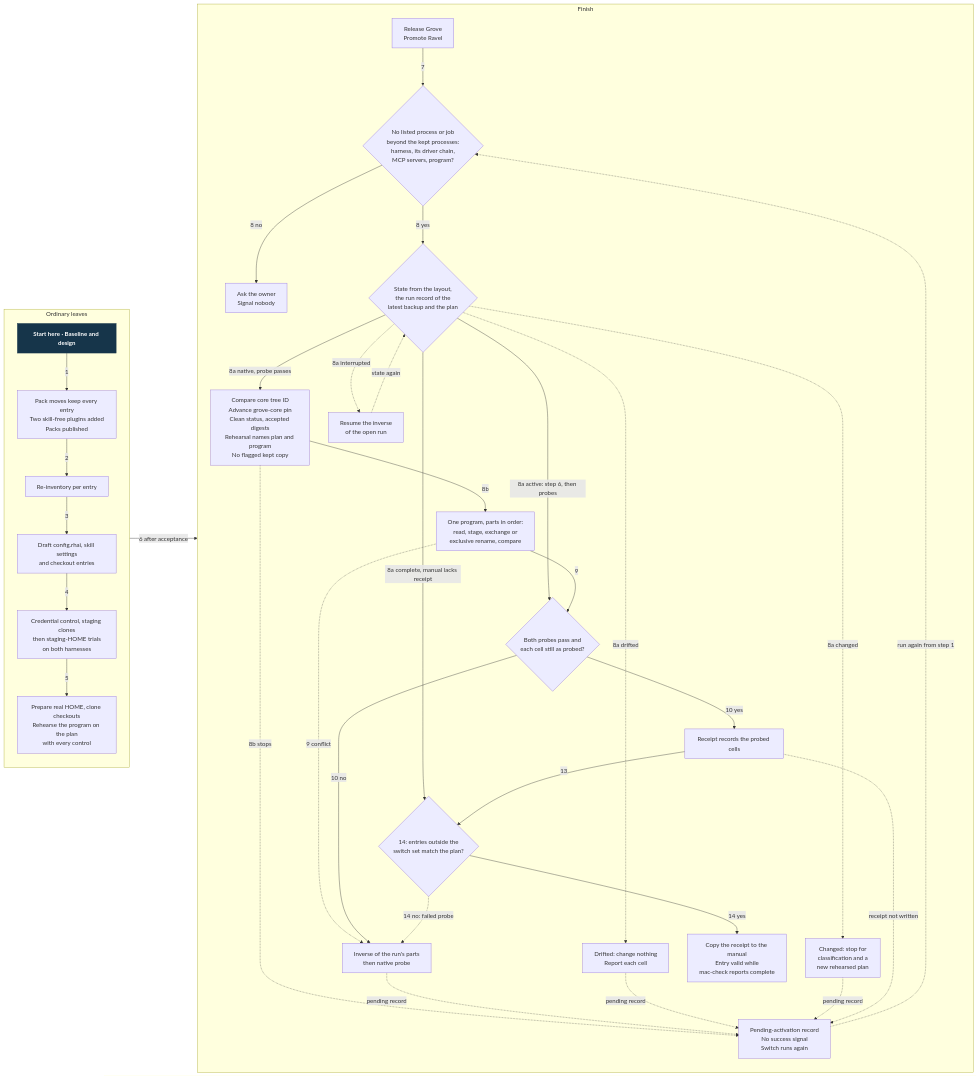
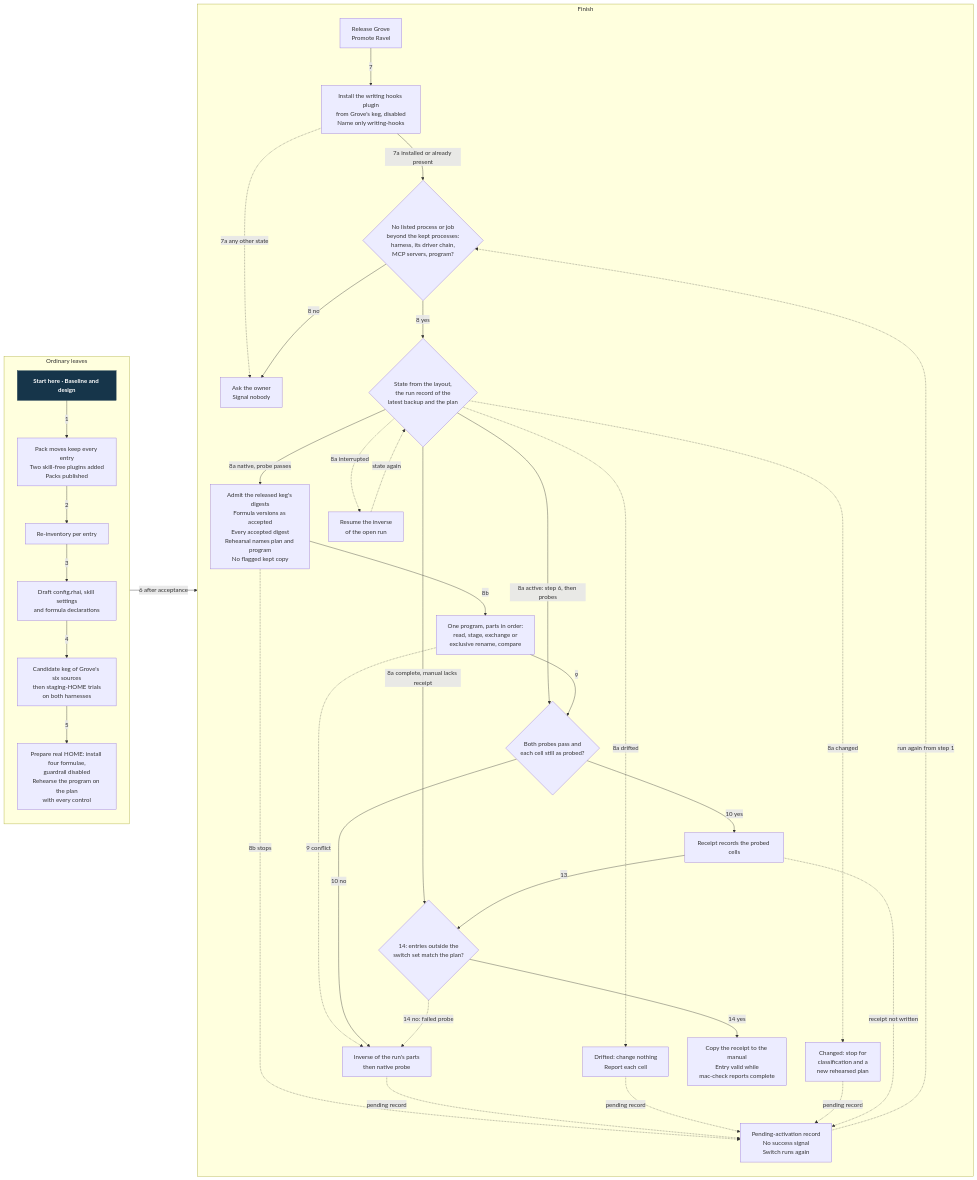
One commit to Linkuistics/grove changed the diagram in docs/design/harness-selection-and-execution/owner-cutover.mmd. Above: the diagram before and after it, drawn with Mermaid. The commit also changed 44 other files, not shown here.

```diff
--- a/docs/design/harness-selection-and-execution/owner-cutover.mmd
+++ b/docs/design/harness-selection-and-execution/owner-cutover.mmd
@@ -1,60 +1,63 @@
 flowchart LR
     subgraph prep["Ordinary leaves"]
         direction TB
         A["Start here · Baseline and design"]
         B["Pack moves keep every entry<br/>Two skill-free plugins added<br/>Packs published"]
         C["Re-inventory per entry"]
-        D["Draft config.rhai, skill settings<br/>and checkout entries"]
-        E["Credential control, staging clones<br/>then staging-HOME trials<br/>on both harnesses"]
-        F["Prepare real HOME, clone checkouts<br/>Rehearse the program on the plan<br/>with every control"]
+        D["Draft config.rhai, skill settings<br/>and formula declarations"]
+        E["Candidate keg of Grove's six sources<br/>then staging-HOME trials<br/>on both harnesses"]
+        F["Prepare real HOME: install four formulae,<br/>guardrail disabled<br/>Rehearse the program on the plan<br/>with every control"]
         A -->|1| B
         B -->|2| C
         C -->|3| D
         D -->|4| E
         E -->|5| F
     end
     subgraph fin["Finish"]
         direction TB
         G["Release Grove<br/>Promote Ravel"]
+        HI["Install the writing hooks plugin<br/>from Grove's keg, disabled<br/>Name only writing-hooks"]
         H{"No listed process or job<br/>beyond the kept processes:<br/>harness, its driver chain,<br/>MCP servers, program?"}
         I["Ask the owner<br/>Signal nobody"]
         S{"State from the layout,<br/>the run record of the<br/>latest backup and the plan"}
         R["Resume the inverse<br/>of the open run"]
         DR["Drifted: change nothing<br/>Report each cell"]
         CH["Changed: stop for<br/>classification and a<br/>new rehearsed plan"]
-        P["Compare core tree ID<br/>Advance grove-core pin<br/>Clean status, accepted digests<br/>Rehearsal names plan and program<br/>No flagged kept copy"]
+        P["Admit the released keg's digests<br/>Formula versions as accepted<br/>Every accepted digest<br/>Rehearsal names plan and program<br/>No flagged kept copy"]
         Q["Pending-activation record<br/>No success signal<br/>Switch runs again"]
         J["One program, parts in order:<br/>read, stage, exchange or<br/>exclusive rename, compare"]
         K{"Both probes pass and<br/>each cell still as probed?"}
         L["Inverse of the run's parts<br/>then native probe"]
         M["Receipt records the probed cells"]
         N{"14: entries outside the<br/>switch set match the plan?"}
         O["Copy the receipt to the manual<br/>Entry valid while<br/>mac-check reports complete"]
-        G -->|7| H
+        G -->|7| HI
+        HI -->|"7a installed or already present"| H
+        HI -.->|"7a any other state"| I
         H -->|"8 no"| I
         H -->|"8 yes"| S
         S -->|"8a native, probe passes"| P
         S -.->|"8a interrupted"| R
         S -->|"8a active: step 6, then probes"| K
         S -.->|"8a drifted"| DR
         S -.->|"8a changed"| CH
         S -->|"8a complete, manual lacks receipt"| N
         R -.->|"state again"| S
         P -->|"8b"| J
         P -.->|"8b stops"| Q
         J -->|9| K
         J -.->|"9 conflict"| L
         K -->|"10 no"| L
         L -.->|"pending record"| Q
         K -->|"10 yes"| M
         M -->|13| N
         N -->|"14 yes"| O
         N -.->|"14 no: failed probe"| L
         DR -.->|"pending record"| Q
         CH -.->|"pending record"| Q
         M -.->|"receipt not written"| Q
         Q -.->|"run again from step 1"| H
     end
     prep -->|"6 after acceptance"| fin
     classDef start fill:#16354a,color:#fff,stroke:#16354a,font-weight:bold
     class A start
```
